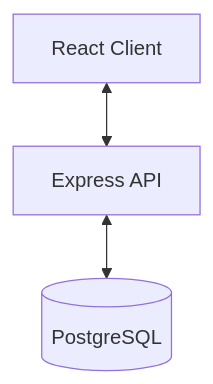
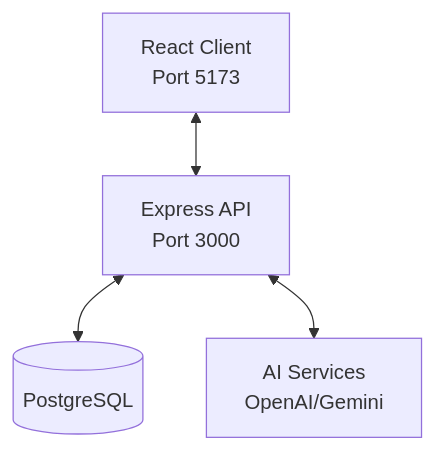
One commit to akshaydotsharma/Dexter changed the diagram in ARCHITECTURE.md. Above: the diagram before and after it, drawn with Mermaid. The commit also changed other lines of this file, not shown here.

First line of the commit message:
Update architecture documentation with current state

````diff
--- a/ARCHITECTURE.md
+++ b/ARCHITECTURE.md
@@ -7,5 +15,6 @@
 ```mermaid
 graph TD
-    Client[React Client] <--> API[Express API]
+    Client[React Client<br/>Port 5173] <--> API[Express API<br/>Port 3000]
     API <--> DB[(PostgreSQL)]
+    API <--> AI[AI Services<br/>OpenAI/Gemini]
 ```
````
